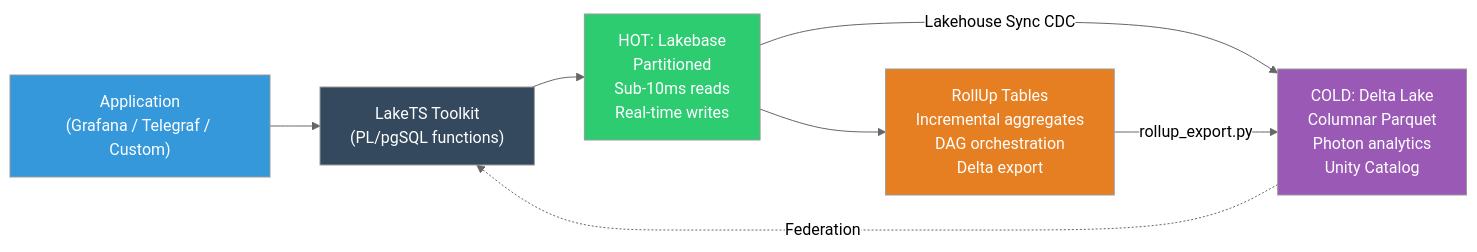
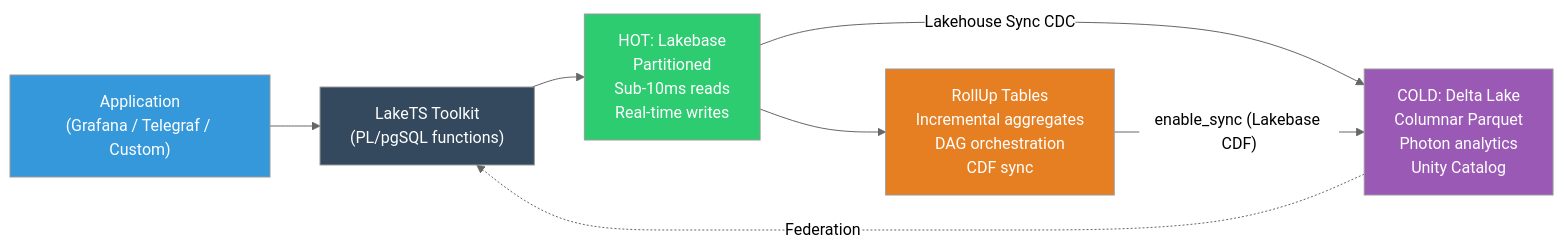
One commit to databricks-solutions/lakets changed the diagram in README.md. Above: the diagram before and after it, drawn with Mermaid (neutral theme). The commit also changed other lines of this file and 73 other files, not shown here.

First line of the commit message:
feat: RollUp UC sync via Lakebase CDF + drop refresh_mode + Stitch docs (#19)

````diff
--- a/README.md
+++ b/README.md
@@ -121,21 +121,21 @@
 ```mermaid
 flowchart LR
     APP["Application<br/>(Grafana / Telegraf / Custom)"]
     LT["LakeTS Toolkit<br/>(PL/pgSQL functions)"]
     HOT["HOT: Lakebase<br/>Partitioned<br/>Sub-10ms reads<br/>Real-time writes"]
     COLD["COLD: Delta Lake<br/>Columnar Parquet<br/>Photon analytics<br/>Unity Catalog"]
-    ROLLUP["RollUp Tables<br/>Incremental aggregates<br/>DAG orchestration<br/>Delta export"]
+    ROLLUP["RollUp Tables<br/>Incremental aggregates<br/>DAG orchestration<br/>CDF sync"]
 
     APP --> LT
     LT --> HOT
     HOT -->|"Lakehouse Sync CDC"| COLD
     HOT --> ROLLUP
-    ROLLUP -->|"rollup_export.py"| COLD
+    ROLLUP -->|"enable_sync (Lakebase CDF)"| COLD
     COLD -.->|"Federation"| LT
 
     style HOT fill:#2ECC71,color:#fff
     style COLD fill:#9B59B6,color:#fff
     style ROLLUP fill:#E67E22,color:#fff
     style APP fill:#3498DB,color:#fff
     style LT fill:#34495E,color:#fff
 ```
````
